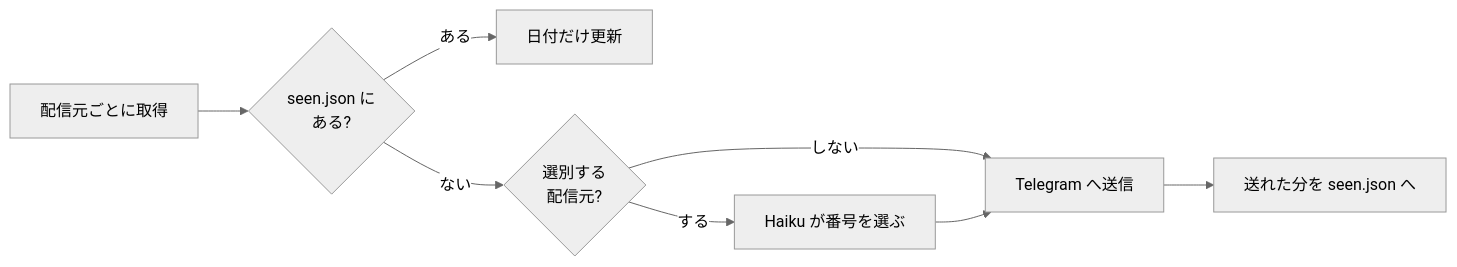
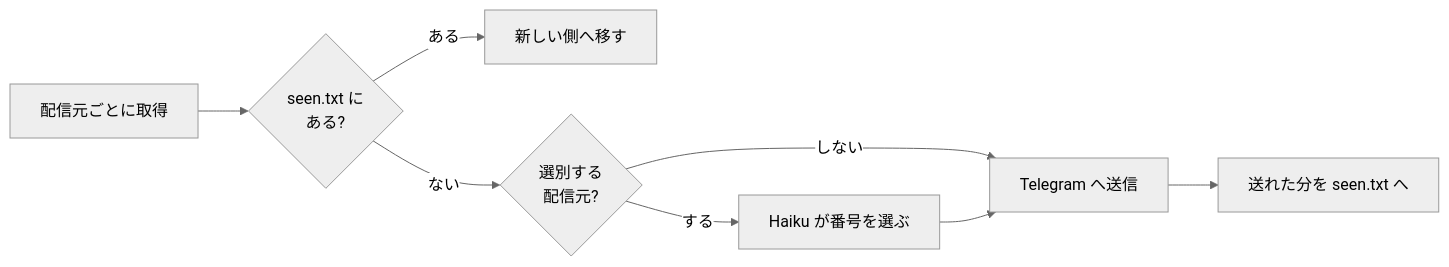
Before and after one commit to yktsnet/tg-dev-digest: the diagram in README.md, drawn with Mermaid (neutral theme). The commit also changed other lines of this file and 10 other files, not shown here.

````diff
--- a/README.md
+++ b/README.md
@@ -25,10 +25,10 @@
 ```mermaid
 flowchart LR
-  S[配信元ごとに取得] --> D{seen.json に<br>ある?}
-  D -- ある --> T[日付だけ更新]
+  S[配信元ごとに取得] --> D{seen.txt に<br>ある?}
+  D -- ある --> T[新しい側へ移す]
   D -- ない --> F{選別する<br>配信元?}
   F -- する --> H[Haiku が番号を選ぶ]
   F -- しない --> M
   H --> M[Telegram へ送信]
-  M --> W[送れた分を seen.json へ]
+  M --> W[送れた分を seen.txt へ]
 ```
````
